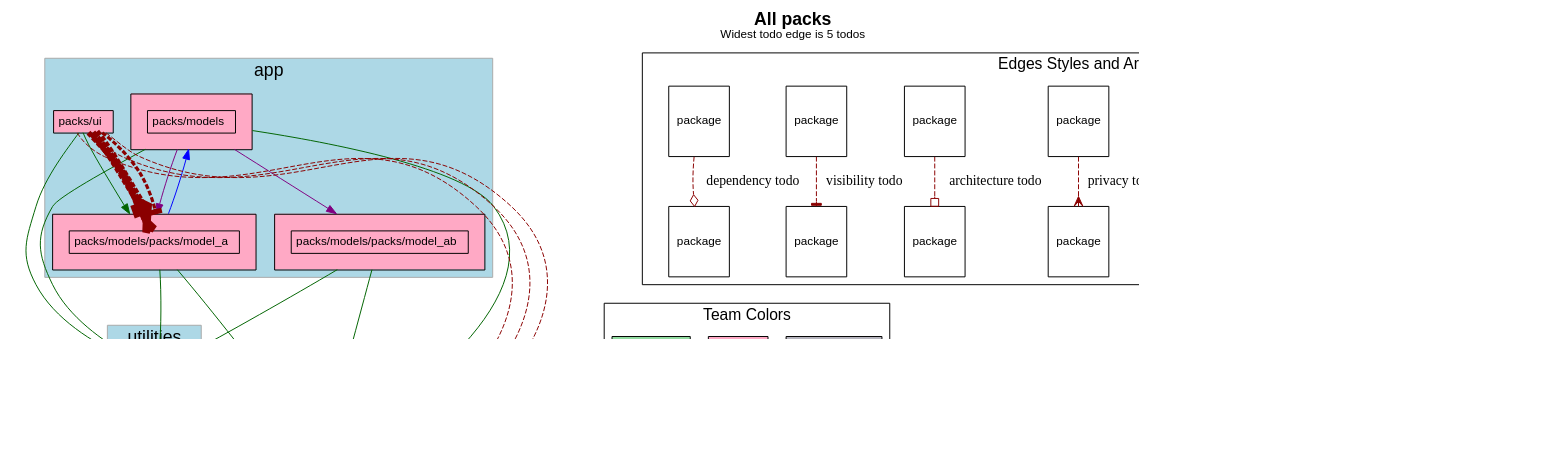
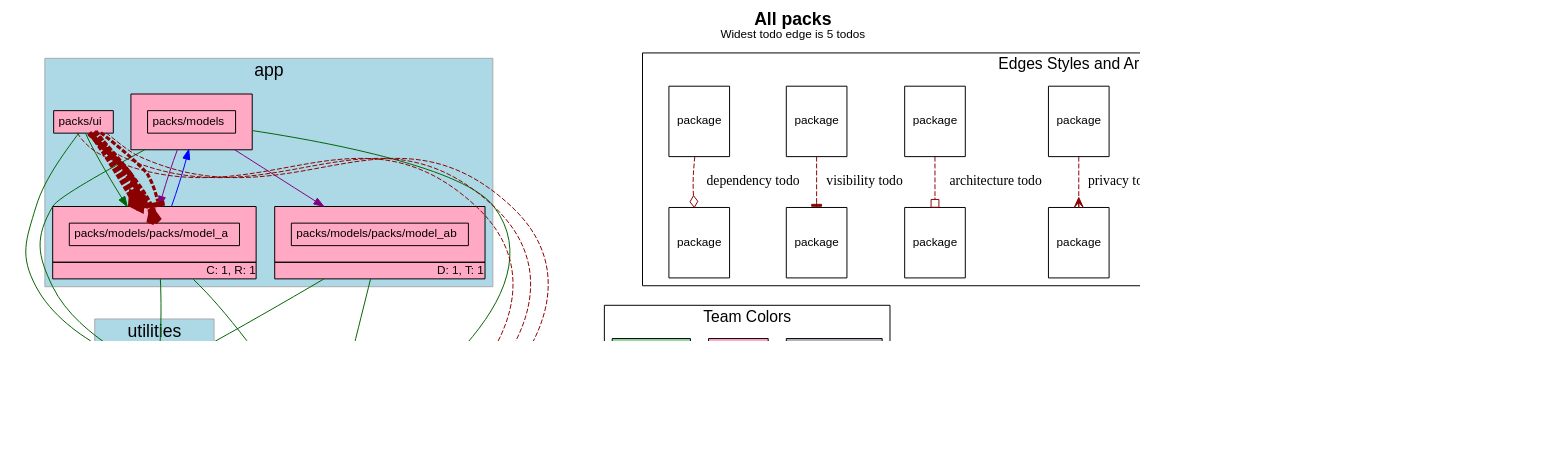
Before and after one commit to rubyatscale/visualize_packs: the diagram in spec/sample_app1/test_output/plain.dot, drawn with Graphviz. The commit also changed 29 other files, not shown here.

```diff
--- a/spec/sample_app1/test_output/plain.dot
+++ b/spec/sample_app1/test_output/plain.dot
@@ -36,7 +36,8 @@
                   <table border='0' cellborder='1' cellspacing='0' cellpadding='4'>
                     <tr> <td port='private'> packs/models </td> </tr>
                   </table>
-                </td></tr></table>
+                  </td></tr>
+                  </table>
               >
           ]
         
@@ -51,7 +52,9 @@
                   <table border='0' cellborder='1' cellspacing='0' cellpadding='4'>
                     <tr> <td port='private'> packs/models/packs/model_a </td> </tr>
                   </table>
-                </td></tr></table>
+                  </td></tr>
+                  <tr><td CELLPADDING='1' ALIGN='RIGHT'>C: 1, R: 1</td></tr>
+                  </table>
               >
           ]
         
@@ -66,7 +69,9 @@
                   <table border='0' cellborder='1' cellspacing='0' cellpadding='4'>
                     <tr> <td port='private'> packs/models/packs/model_ab </td> </tr>
                   </table>
-                </td></tr></table>
+                  </td></tr>
+                  <tr><td CELLPADDING='1' ALIGN='RIGHT'>D: 1, T: 1</td></tr>
+                  </table>
               >
           ]
         
@@ -100,6 +105,7 @@
             label= <
                 <table border='0' cellborder='1' cellspacing='0' cellpadding='4'>
                   <tr> <td align='left'> packs/utility </td> </tr>
+                  <tr><td CELLPADDING='1' ALIGN='RIGHT'>C: 1, D: 0, R: 1, T: 0</td></tr>
                 </table>
               >
           ]
```
